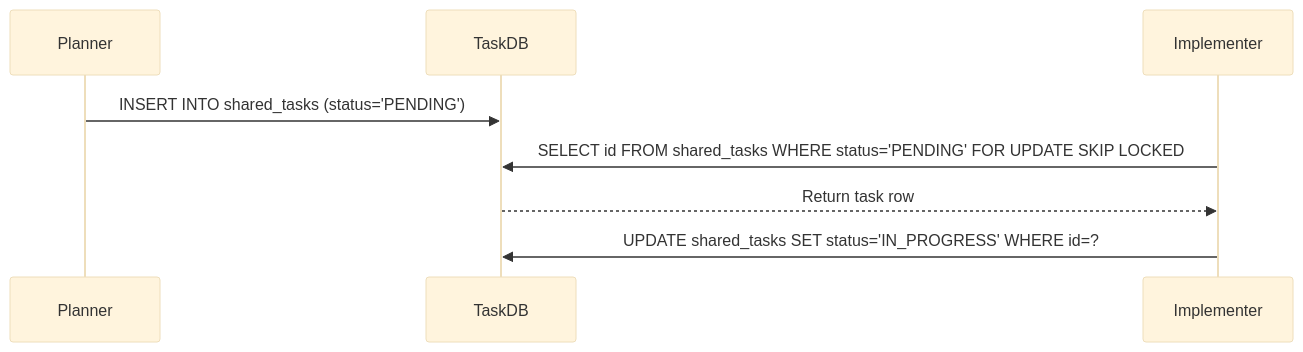
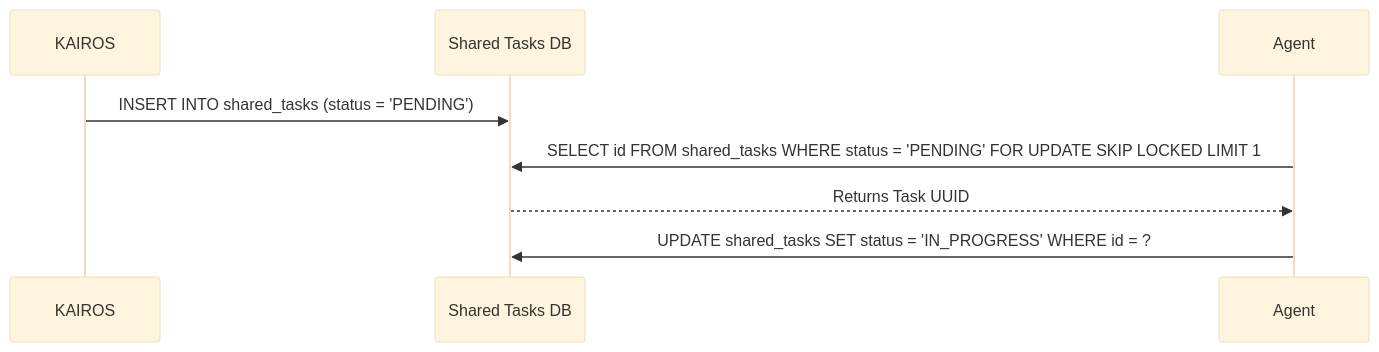
Before and after one commit to omnisolo-llc/onehumancorp: the diagram in docs/architecture/KAIROS_AI_OS_MASTER_PLAN.md, drawn with Mermaid (base theme). The commit also changed other lines of this file and 6 other files, not shown here.

Commit message:
📝 KAIROS: [Architect KAIROS execution playbook phases]

````diff
--- a/docs/architecture/KAIROS_AI_OS_MASTER_PLAN.md
+++ b/docs/architecture/KAIROS_AI_OS_MASTER_PLAN.md
@@ -24,10 +28,11 @@
 ```mermaid
 sequenceDiagram
-    participant Planner
-    participant TaskDB
-    participant Implementer
-    Planner->>TaskDB: INSERT INTO shared_tasks (status='PENDING')
-    Implementer->>TaskDB: SELECT id FROM shared_tasks WHERE status='PENDING' FOR UPDATE SKIP LOCKED
-    TaskDB-->>Implementer: Return task row
-    Implementer->>TaskDB: UPDATE shared_tasks SET status='IN_PROGRESS' WHERE id=?
+    participant KAIROS
+    participant DB as Shared Tasks DB
+    participant Agent
+
+    KAIROS->>DB: INSERT INTO shared_tasks (status = 'PENDING')
+    Agent->>DB: SELECT id FROM shared_tasks WHERE status = 'PENDING' FOR UPDATE SKIP LOCKED LIMIT 1
+    DB-->>Agent: Returns Task UUID
+    Agent->>DB: UPDATE shared_tasks SET status = 'IN_PROGRESS' WHERE id = ?
 ```
````
